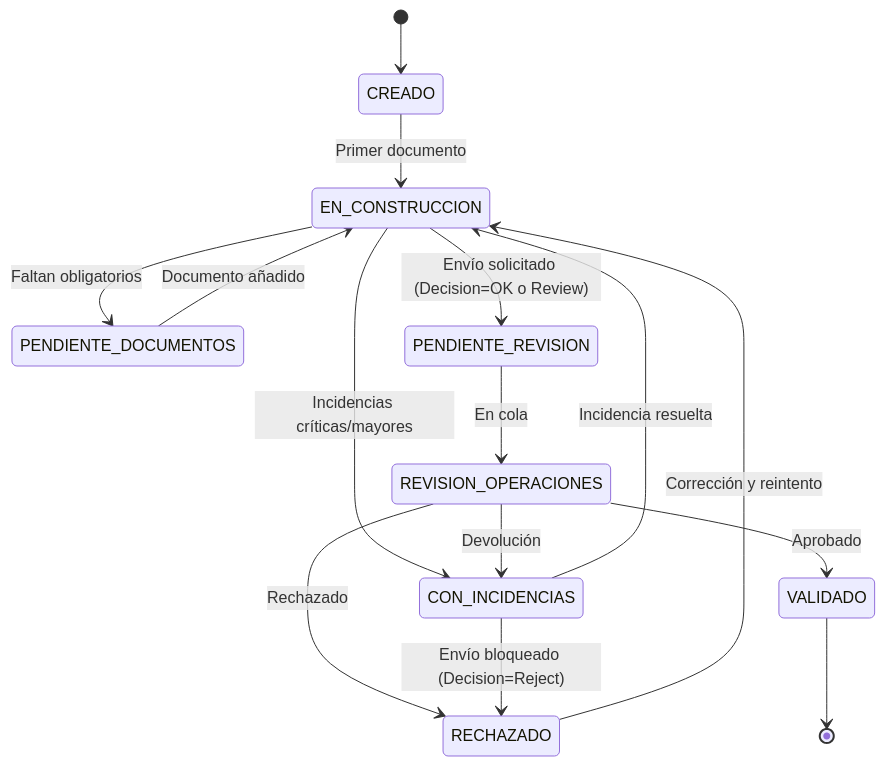
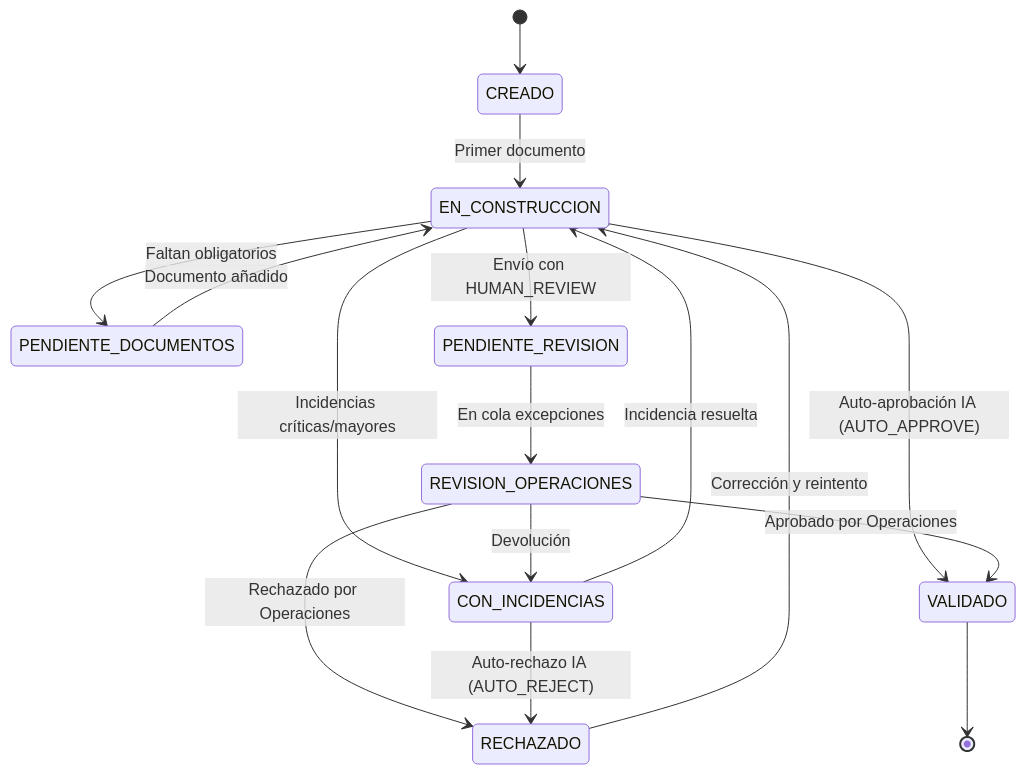
One commit to angelnietos/erp changed the fifth of 8 diagrams in caedocs/ESPECIFICACION-FUNCIONAL-v3.0.md. Above: the diagram before and after it, drawn with Mermaid. The commit also changed other lines of this file and 3 other files, not shown here.

````diff
--- a/caedocs/ESPECIFICACION-FUNCIONAL-v3.0.md
+++ b/caedocs/ESPECIFICACION-FUNCIONAL-v3.0.md
@@ -704,17 +708,18 @@
 ```mermaid
 stateDiagram-v2
     [*] --> CREADO
     CREADO --> EN_CONSTRUCCION: Primer documento
     EN_CONSTRUCCION --> PENDIENTE_DOCUMENTOS: Faltan obligatorios
     EN_CONSTRUCCION --> CON_INCIDENCIAS: Incidencias críticas/mayores
     PENDIENTE_DOCUMENTOS --> EN_CONSTRUCCION: Documento añadido
     CON_INCIDENCIAS --> EN_CONSTRUCCION: Incidencia resuelta
-    EN_CONSTRUCCION --> PENDIENTE_REVISION: Envío solicitado (Decision=OK o Review)
-    PENDIENTE_REVISION --> REVISION_OPERACIONES: En cola
+    EN_CONSTRUCCION --> VALIDADO: Auto-aprobación IA (AUTO_APPROVE)
+    EN_CONSTRUCCION --> PENDIENTE_REVISION: Envío con HUMAN_REVIEW
+    PENDIENTE_REVISION --> REVISION_OPERACIONES: En cola excepciones
     REVISION_OPERACIONES --> CON_INCIDENCIAS: Devolución
-    REVISION_OPERACIONES --> VALIDADO: Aprobado
-    REVISION_OPERACIONES --> RECHAZADO: Rechazado
-    CON_INCIDENCIAS --> RECHAZADO: Envío bloqueado (Decision=Reject)
+    REVISION_OPERACIONES --> VALIDADO: Aprobado por Operaciones
+    REVISION_OPERACIONES --> RECHAZADO: Rechazado por Operaciones
+    CON_INCIDENCIAS --> RECHAZADO: Auto-rechazo IA (AUTO_REJECT)
     VALIDADO --> [*]
     RECHAZADO --> EN_CONSTRUCCION: Corrección y reintento
 ```
````
